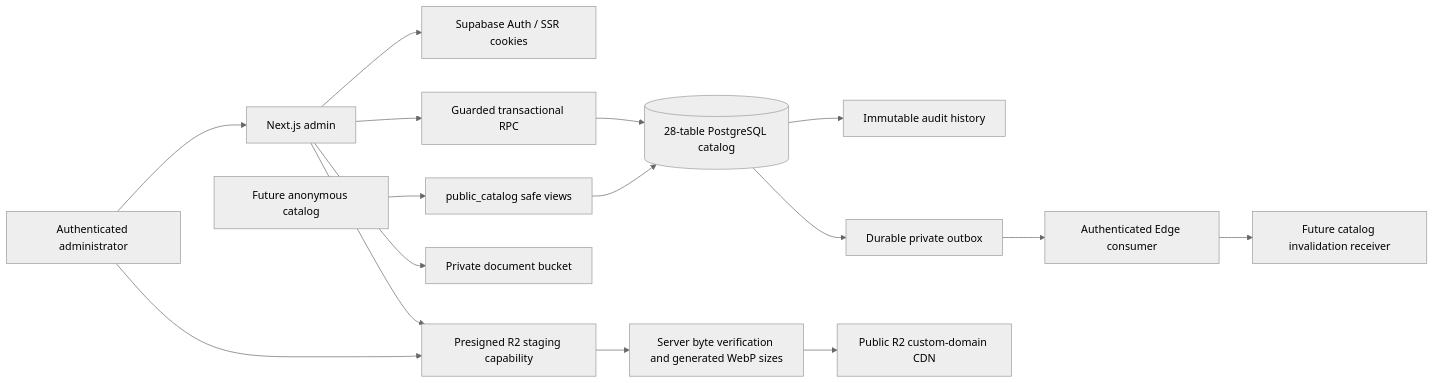
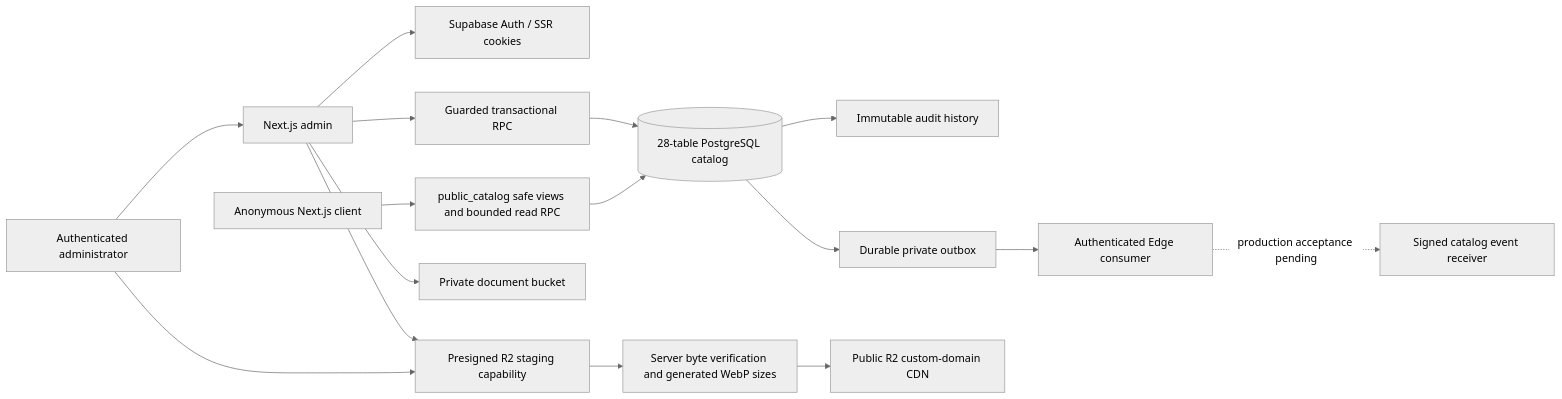
Before and after one commit to Tatonmoy112/ann-traders: the first of 2 diagrams in docs/architecture/system-overview.md, drawn with Mermaid (neutral theme). The commit also changed other lines of this file and 104 other files, not shown here.

Commit message:
feat(client): secure and server-render the public catalog

````diff
--- a/docs/architecture/system-overview.md
+++ b/docs/architecture/system-overview.md
@@ -5,18 +5,18 @@
 ```mermaid
 flowchart LR
   Browser[Authenticated administrator] --> Admin[Next.js admin]
   Admin --> Auth[Supabase Auth / SSR cookies]
   Admin --> RPC[Guarded transactional RPC]
   RPC --> DB[(28-table PostgreSQL catalog)]
   DB --> Audit[Immutable audit history]
   DB --> Outbox[Durable private outbox]
   Admin --> CF[Presigned R2 staging capability]
   Browser --> CF
   CF --> Verify[Server byte verification and generated WebP sizes]
   Verify --> CDN[Public R2 custom-domain CDN]
   Admin --> Storage[Private document bucket]
   Outbox --> Worker[Authenticated Edge consumer]
-  Worker --> Future[Future catalog invalidation receiver]
-  Public[Future anonymous catalog] --> Projection[public_catalog safe views]
+  Worker -. production acceptance pending .-> Future[Signed catalog event receiver]
+  Public[Anonymous Next.js client] --> Projection[public_catalog safe views and bounded read RPC]
   Projection --> DB
 ```
````
